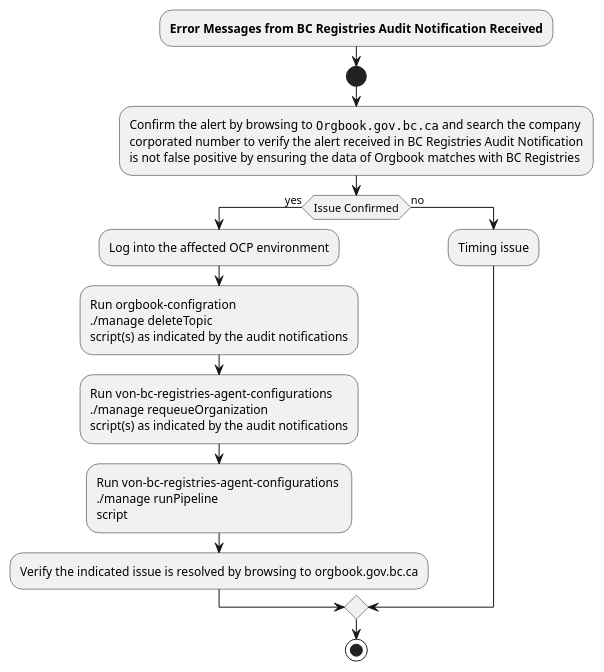
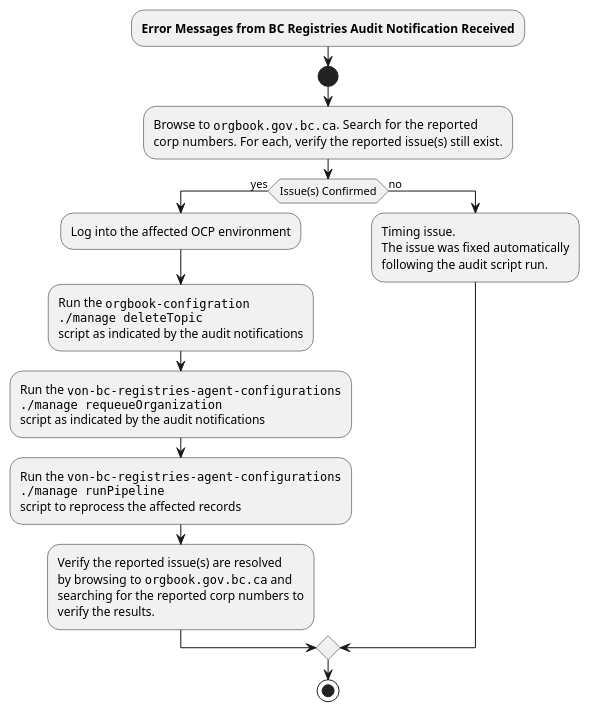
The diagram in docs/diagrams/bc-registries-audit-decision-tree.puml (bcgov/DITP-DevOps), drawn with PlantUML before and after one commit. The commit also changed 5 other files, not shown here.

```diff
--- a/docs/diagrams/bc-registries-audit-decision-tree.puml
+++ b/docs/diagrams/bc-registries-audit-decision-tree.puml
@@ -1,18 +1,16 @@
 @startuml
-
 :**Error Messages from BC Registries Audit Notification Received**;
 start
-:Confirm the alert by browsing to ""Orgbook.gov.bc.ca"" and search the company 
-corporated number to verify the alert received in BC Registries Audit Notification
-is not false positive by ensuring the data of Orgbook matches with BC Registries;
-if (Issue Confirmed) then (yes)
-  :Log into the affected OCP environment;
-  :Run orgbook-configration \n./manage deleteTopic \nscript(s) as indicated by the audit notifications; 
-  :Run von-bc-registries-agent-configurations \n./manage requeueOrganization \nscript(s) as indicated by the audit notifications;
-  :Run von-bc-registries-agent-configurations \n./manage runPipeline \nscript;
-  :Verify the indicated issue is resolved by browsing to orgbook.gov.bc.ca;
+  :Browse to ""orgbook.gov.bc.ca"".  Search for the reported 
+  corp numbers.  For each, verify the reported issue(s) still exist.;
+  if (Issue(s) Confirmed) then (yes)
+    :Log into the affected OCP environment;
+    :Run the ""orgbook-configration""\n""./manage deleteTopic""\nscript as indicated by the audit notifications; 
+    :Run the ""von-bc-registries-agent-configurations""\n""./manage requeueOrganization""\nscript as indicated by the audit notifications;
+    :Run the ""von-bc-registries-agent-configurations""\n""./manage runPipeline""\nscript to reprocess the affected records;
+    :Verify the reported issue(s) are resolved\nby browsing to ""orgbook.gov.bc.ca"" and\nsearching for the reported corp numbers to\nverify the results.;
   else (no)
-    :Timing issue;
-endif
+    :Timing issue.\nThe issue was fixed automatically\nfollowing the audit script run.;
+  endif
 stop
 @enduml
```
